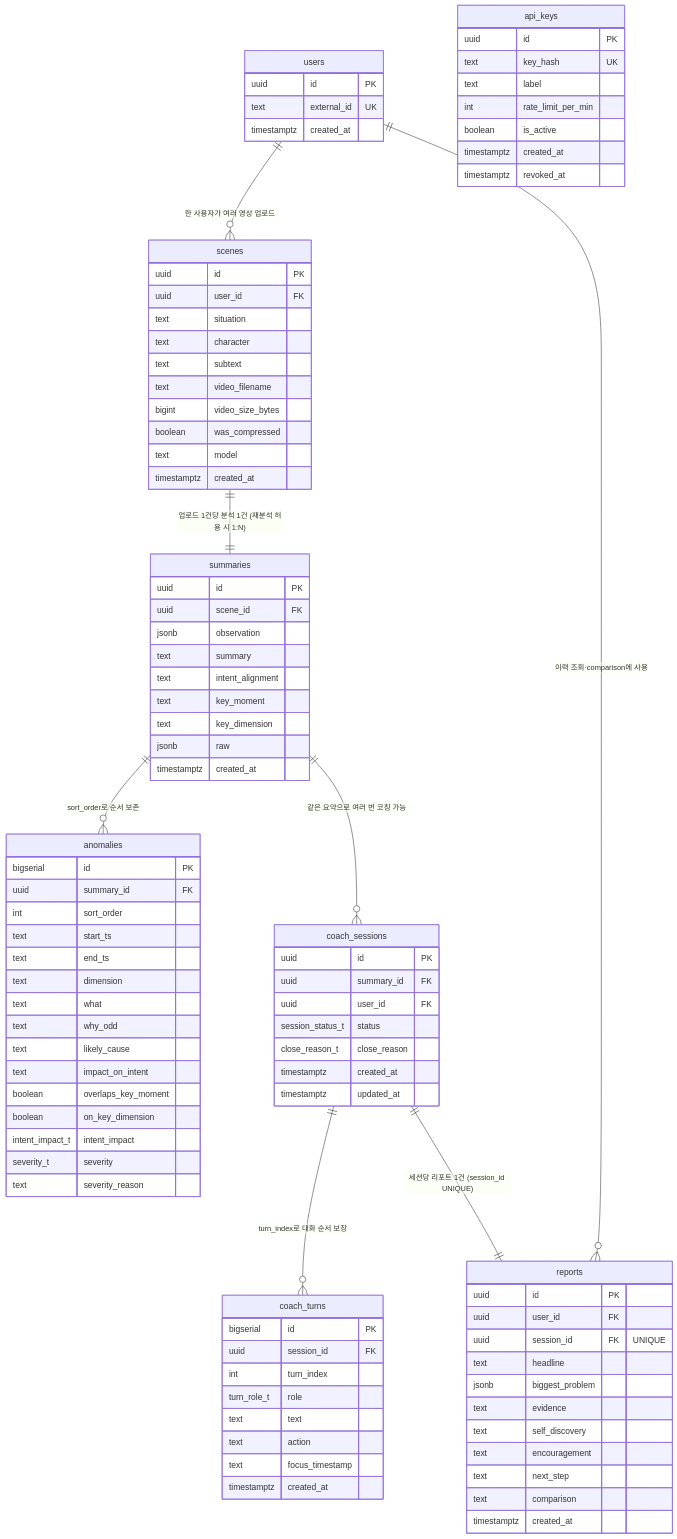
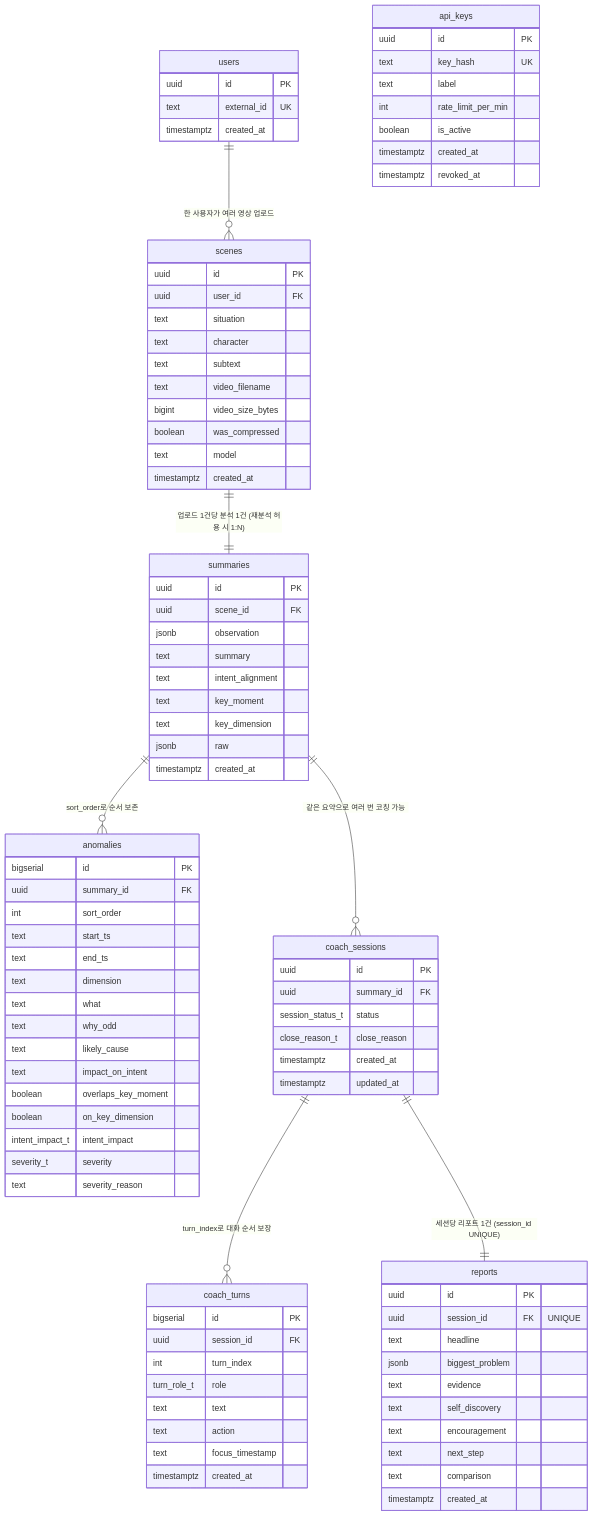
Before and after one commit to acttub/acttub-platform: the diagram in apps/api/docs/db-schema.md, drawn with Mermaid. The commit also changed other lines of this file and 66 other files, not shown here.

```diff
--- a/apps/api/docs/db-schema.md
+++ b/apps/api/docs/db-schema.md
@@ -24,7 +32,6 @@
     summaries ||--o{ coach_sessions : "같은 요약으로 여러 번 코칭 가능"
     coach_sessions ||--o{ coach_turns : "turn_index로 대화 순서 보장"
     coach_sessions ||--|| reports : "세션당 리포트 1건 (session_id UNIQUE)"
-    users ||--o{ reports : "이력 조회·comparison에 사용"
 
     users {
         uuid id PK
@@ -83,7 +90,6 @@
     coach_sessions {
         uuid id PK
         uuid summary_id FK
-        uuid user_id FK
         session_status_t status
         close_reason_t close_reason
         timestamptz created_at
@@ -101,7 +107,6 @@
     }
     reports {
         uuid id PK
-        uuid user_id FK
         uuid session_id FK "UNIQUE"
         text headline
         jsonb biggest_problem
```
